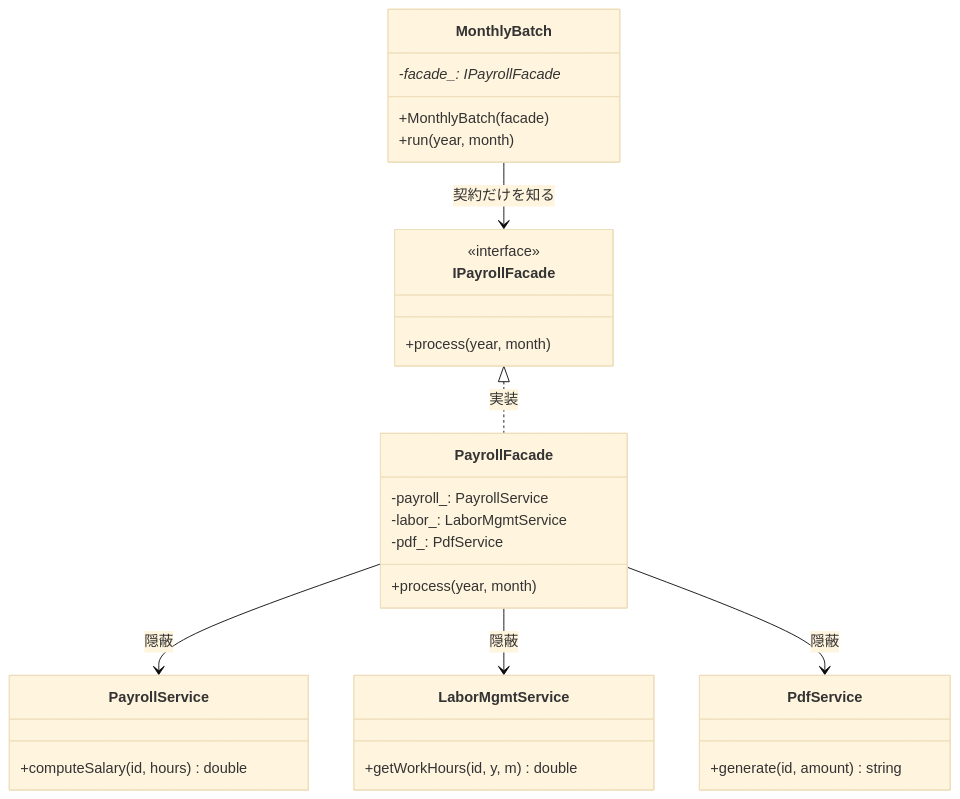
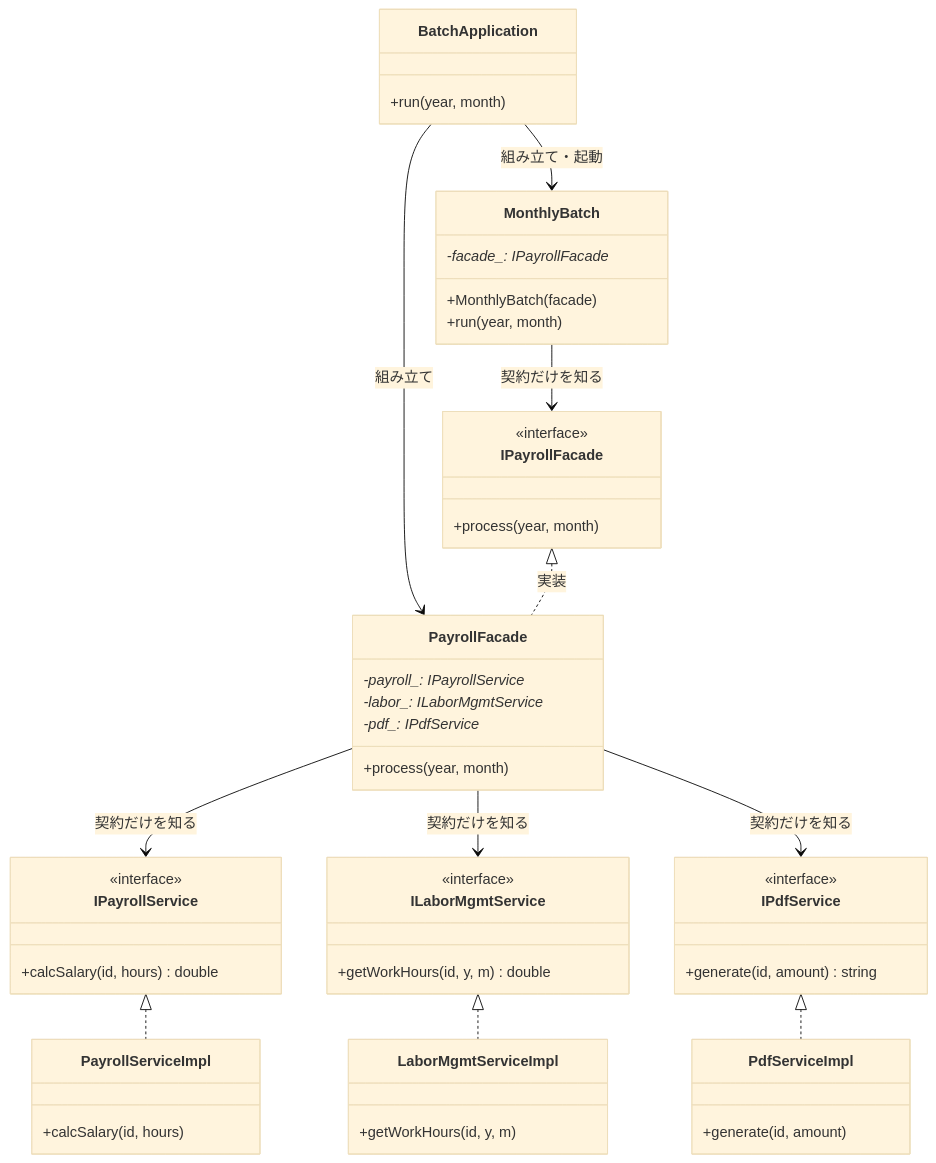
The third of 5 diagrams in files/kindle/design-patterns/output/chapter02.md (kumachan1101-pixel/DesignPattern), drawn with Mermaid (base theme) before and after one commit. The commit also changed other lines of this file and 4 other files, not shown here.

First line of the commit message:
chapter02: 責任チェック・BatchApplication・DIP全適用の設計に刷新

````diff
--- a/files/kindle/design-patterns/output/chapter02.md
+++ b/files/kindle/design-patterns/output/chapter02.md
@@ -566,33 +665,47 @@
 ```mermaid
 classDiagram
+    class BatchApplication {
+        +run(year, month)
+    }
     class MonthlyBatch {
         -facade_: IPayrollFacade*
         +MonthlyBatch(facade)
         +run(year, month)
     }
     class IPayrollFacade {
         <<interface>>
         +process(year, month)
     }
     class PayrollFacade {
-        -payroll_: PayrollService
-        -labor_: LaborMgmtService
-        -pdf_: PdfService
+        -payroll_: IPayrollService*
+        -labor_: ILaborMgmtService*
+        -pdf_: IPdfService*
         +process(year, month)
     }
-    class PayrollService {
-        +computeSalary(id, hours) double
+    class IPayrollService {
+        <<interface>>
+        +calcSalary(id, hours) double
     }
-    class LaborMgmtService {
+    class ILaborMgmtService {
+        <<interface>>
         +getWorkHours(id, y, m) double
     }
-    class PdfService {
+    class IPdfService {
+        <<interface>>
         +generate(id, amount) string
     }
+    class PayrollServiceImpl { +calcSalary(id, hours) }
+    class LaborMgmtServiceImpl { +getWorkHours(id, y, m) }
+    class PdfServiceImpl { +generate(id, amount) }
 
-    MonthlyBatch   --> IPayrollFacade   : 契約だけを知る
-    IPayrollFacade <|.. PayrollFacade   : 実装
-    PayrollFacade  --> PayrollService   : 隠蔽
-    PayrollFacade  --> LaborMgmtService : 隠蔽
-    PayrollFacade  --> PdfService       : 隠蔽
+    BatchApplication  --> MonthlyBatch      : 組み立て・起動
+    BatchApplication  --> PayrollFacade     : 組み立て
+    MonthlyBatch      --> IPayrollFacade    : 契約だけを知る
+    IPayrollFacade    <|.. PayrollFacade    : 実装
+    PayrollFacade     --> IPayrollService   : 契約だけを知る
+    PayrollFacade     --> ILaborMgmtService : 契約だけを知る
+    PayrollFacade     --> IPdfService       : 契約だけを知る
+    IPayrollService   <|.. PayrollServiceImpl
+    ILaborMgmtService <|.. LaborMgmtServiceImpl
+    IPdfService       <|.. PdfServiceImpl
 ```
````
